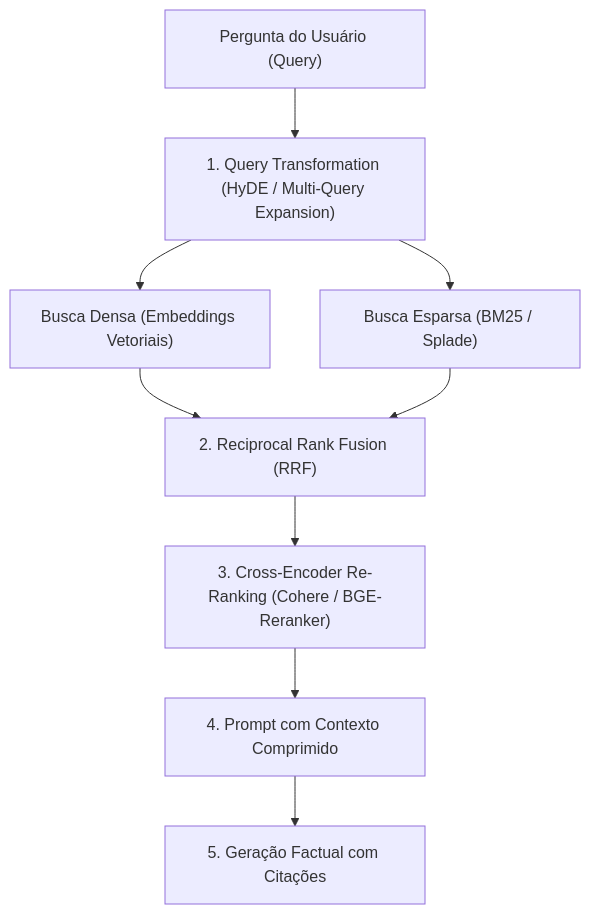
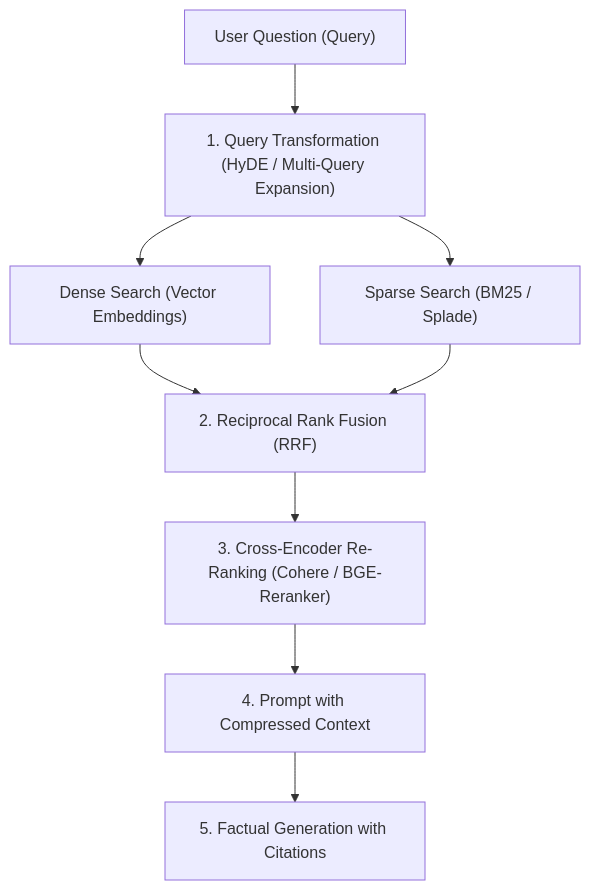
One commit to dandgabr/Coacus changed the diagram in knowledge/skills/domains/industry/ai-llm-engineering-rag/SKILL.md. Above: the diagram before and after it, drawn with Mermaid. The commit also changed other lines of this file and 143 other files, not shown here.

````diff
--- a/knowledge/skills/domains/industry/ai-llm-engineering-rag/SKILL.md
+++ b/knowledge/skills/domains/industry/ai-llm-engineering-rag/SKILL.md
@@ -27,10 +27,10 @@
 ```mermaid
 flowchart TD
-    Q["Pergunta do Usuário (Query)"] --> REW["1. Query Transformation (HyDE / Multi-Query Expansion)"]
-    REW --> RET_D["Busca Densa (Embeddings Vetoriais)"]
-    REW --> RET_S["Busca Esparsa (BM25 / Splade)"]
+    Q["User Question (Query)"] --> REW["1. Query Transformation (HyDE / Multi-Query Expansion)"]
+    REW --> RET_D["Dense Search (Vector Embeddings)"]
+    REW --> RET_S["Sparse Search (BM25 / Splade)"]
     RET_D & RET_S --> RRF["2. Reciprocal Rank Fusion (RRF)"]
     RRF --> RERANK["3. Cross-Encoder Re-Ranking (Cohere / BGE-Reranker)"]
-    RERANK --> PROMPT["4. Prompt com Contexto Comprimido"]
-    PROMPT --> LLM["5. Geração Factual com Citações"]
+    RERANK --> PROMPT["4. Prompt with Compressed Context"]
+    PROMPT --> LLM["5. Factual Generation with Citations"]
 ```
````
